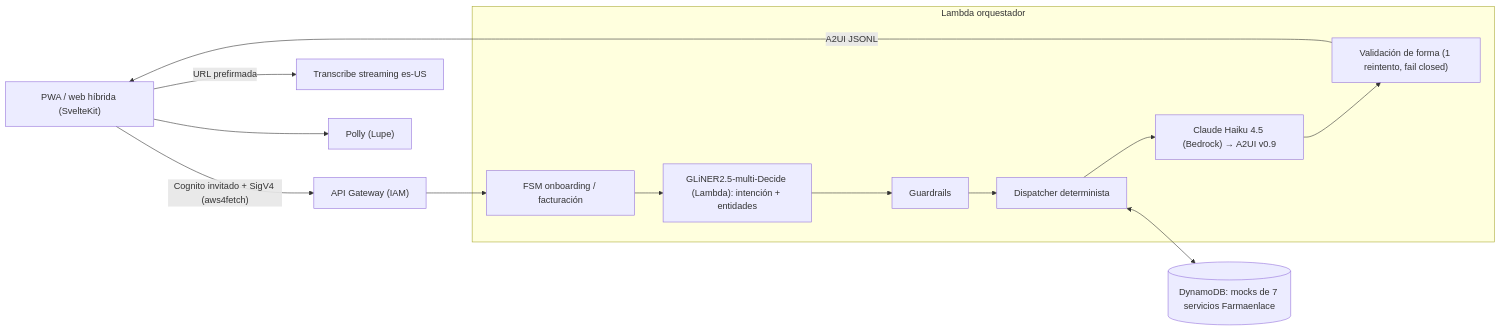
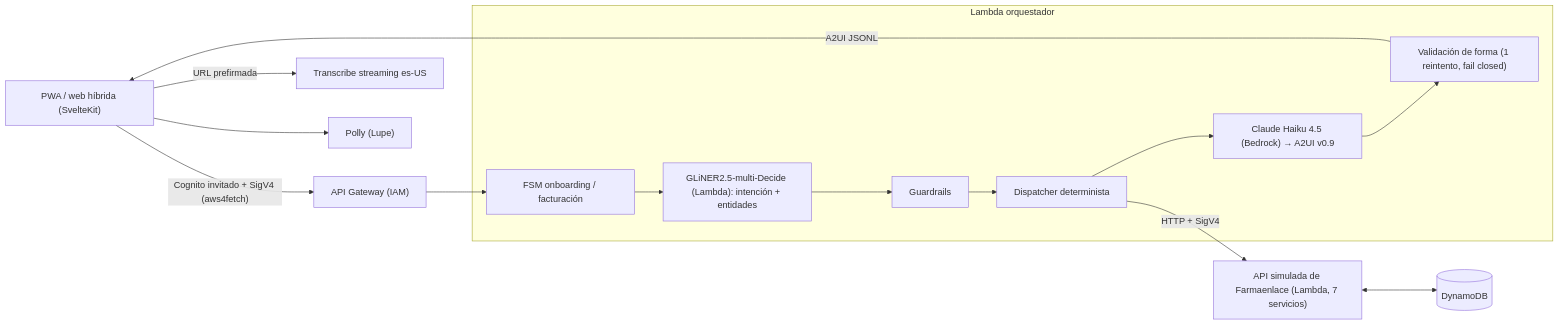
The diagram in README.md (ericmaster/hackathon-connect-atventures), drawn with Mermaid before and after one commit. The commit also changed other lines of this file and 1 other file, not shown here.

Commit message:
README/SPEC: orchestrator → API simulada de Farmaenlace (HTTP + SigV4, 7 servicios, DynamoDB)

````diff
--- a/README.md
+++ b/README.md
@@ -31,14 +32,15 @@
 ```mermaid
 flowchart LR
   PWA["PWA / web híbrida (SvelteKit)"] -->|"Cognito invitado + SigV4 (aws4fetch)"| APIGW["API Gateway (IAM)"]
   APIGW --> FSM
   subgraph Orq["Lambda orquestador"]
     FSM["FSM onboarding / facturación"] --> NLU["GLiNER2.5-multi-Decide (Lambda): intención + entidades"]
     NLU --> GR["Guardrails"] --> DSP["Dispatcher determinista"]
     DSP --> LLM["Claude Haiku 4.5 (Bedrock) → A2UI v0.9"] --> VAL["Validación de forma (1 reintento, fail closed)"]
   end
-  DSP <--> DDB[("DynamoDB: mocks de 7 servicios Farmaenlace")]
+  DSP -->|"HTTP + SigV4"| FE["API simulada de Farmaenlace (Lambda, 7 servicios)"]
+  FE <--> DDB[("DynamoDB")]
   VAL -->|"A2UI JSONL"| PWA
   PWA -->|"URL prefirmada"| STT["Transcribe streaming es-US"]
   PWA --> TTS["Polly (Lupe)"]
 ```
````
